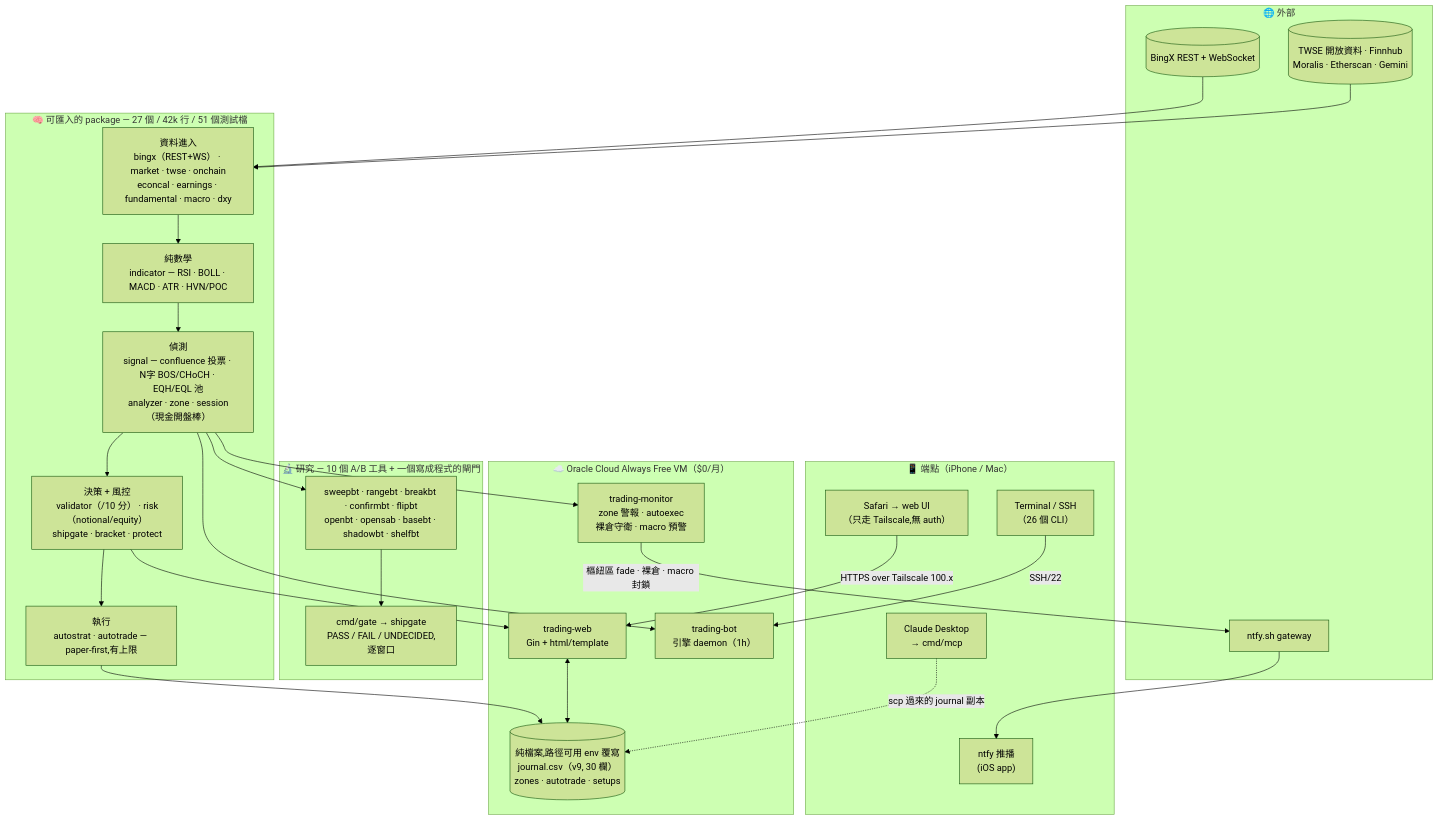
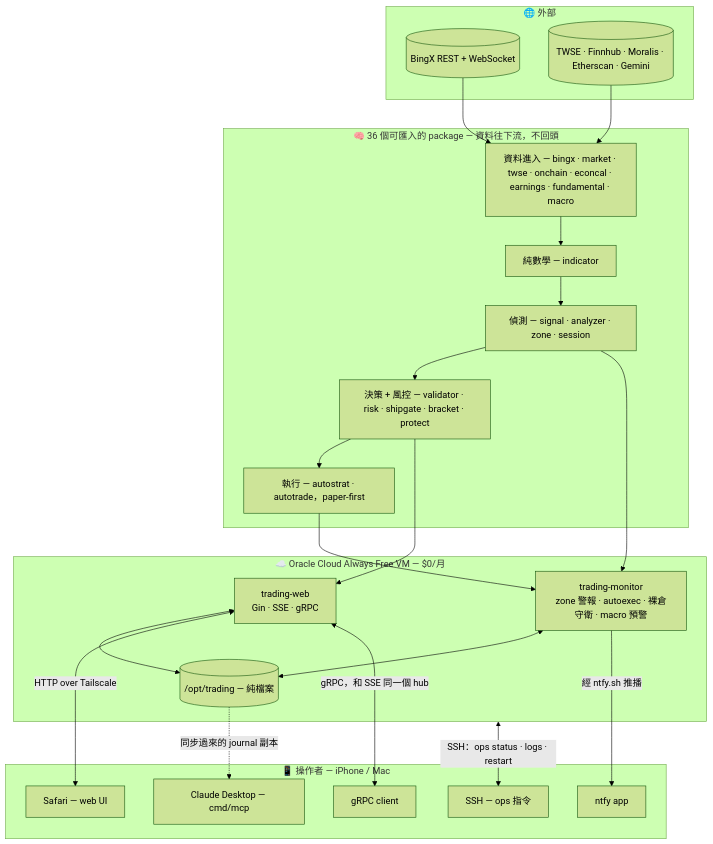
One commit to henry190927/trading-bot changed the first of 4 diagrams in README.zh-TW.md. Above: the diagram before and after it, drawn with Mermaid (forest theme). The commit also changed other lines of this file and 5 other files, not shown here.

First line of the commit message:
docs: README becomes the overview with diagrams; operating detail moves to docs/

````diff
--- a/README.zh-TW.md
+++ b/README.zh-TW.md
@@ -33,50 +38,43 @@
 ```mermaid
 flowchart TB
-    subgraph Edge["📱 端點（iPhone / Mac）"]
-        ntfy["ntfy 推播<br/>(iOS app)"]
-        safari["Safari → web UI<br/>（只走 Tailscale,無 auth）"]
-        terminal["Terminal / SSH<br/>（26 個 CLI）"]
-        claude["Claude Desktop<br/>→ cmd/mcp"]
+    subgraph External["🌐 外部"]
+        bx[(BingX REST + WebSocket)]
+        others[(TWSE · Finnhub · Moralis · Etherscan · Gemini)]
     end
 
-    subgraph VPS["☁️ Oracle Cloud Always Free VM（$0/月）"]
-        web["trading-web<br/>Gin + html/template"]
-        monitor["trading-monitor<br/>zone 警報 · autoexec<br/>裸倉守衛 · macro 預警"]
-        engine["trading-bot<br/>引擎 daemon（1h）"]
-        store[("純檔案,路徑可用 env 覆寫<br/>journal.csv（v9, 30 欄）<br/>zones · autotrade · setups")]
+    subgraph Core["🧠 36 個可匯入的 package — 資料往下流，不回頭"]
+        datain["資料進入 — bingx · market · twse · onchain · econcal · earnings · fundamental · macro"]
+        math["純數學 — indicator"]
+        detect["偵測 — signal · analyzer · zone · session"]
+        decide["決策 + 風控 — validator · risk · shipgate · bracket · protect"]
+        exec["執行 — autostrat · autotrade，paper-first"]
+        datain --> math --> detect --> decide --> exec
     end
 
-    subgraph Core["🧠 可匯入的 package — 27 個 / 42k 行 / 51 個測試檔"]
-        datain["資料進入<br/>bingx（REST+WS） · market · twse · onchain<br/>econcal · earnings · fundamental · macro · dxy"]
-        math["純數學<br/>indicator — RSI · BOLL · MACD · ATR · HVN/POC"]
-        detect["偵測<br/>signal — confluence 投票 · N字 BOS/CHoCH · EQH/EQL 池<br/>analyzer · zone · session（現金開盤棒）"]
-        decide["決策 + 風控<br/>validator（/10 分） · risk（notional/equity）<br/>shipgate · bracket · protect"]
-        exec["執行<br/>autostrat · autotrade — paper-first,有上限"]
+    subgraph VPS["☁️ Oracle Cloud Always Free VM — $0/月"]
+        web["trading-web<br/>Gin · SSE · gRPC"]
+        monitor["trading-monitor<br/>zone 警報 · autoexec · 裸倉守衛 · macro 預警"]
+        store[("/opt/trading — 純檔案")]
     end
 
-    subgraph Research["🔬 研究 — 10 個 A/B 工具 + 一個寫成程式的閘門"]
-        ab["sweepbt · rangebt · breakbt · confirmbt · flipbt<br/>openbt · opensab · basebt · shadowbt · shelfbt"]
-        gate["cmd/gate → shipgate<br/>PASS / FAIL / UNDECIDED,逐窗口"]
-    end
-
-    subgraph External["🌐 外部"]
-        bx[(BingX REST + WebSocket)]
-        ntfysh[ntfy.sh gateway]
-        others[(TWSE 開放資料 · Finnhub<br/>Moralis · Etherscan · Gemini)]
+    subgraph Edge["📱 操作者 — iPhone / Mac"]
+        push["ntfy app"]
+        safari["Safari — web UI"]
+        sshc["SSH — ops 指令"]
+        grpcc["gRPC client"]
+        claude["Claude Desktop — cmd/mcp"]
     end
 
     bx --> datain
     others --> datain
-    datain --> math --> detect --> decide --> exec
-    exec --> store
-    detect --> engine & monitor
+    detect --> monitor
+    exec --> monitor
     decide --> web
     web <--> store
-    monitor -->|"樞紐區 fade · 裸倉 · macro 封鎖"| ntfysh
-    ntfysh --> ntfy
-    safari -->|"HTTPS over Tailscale 100.x"| web
-    terminal -->|SSH/22| engine
-    claude -.->|scp 過來的 journal 副本| store
-    detect --> ab
-    ab --> gate
+    monitor <--> store
+    monitor -->|"經 ntfy.sh 推播"| push
+    web <-->|HTTP over Tailscale| safari
+    web <-->|"gRPC，和 SSE 同一個 hub"| grpcc
+    VPS <-->|"SSH：ops status · logs · restart"| sshc
+    store -.->|同步過來的 journal 副本| claude
 ```
````
